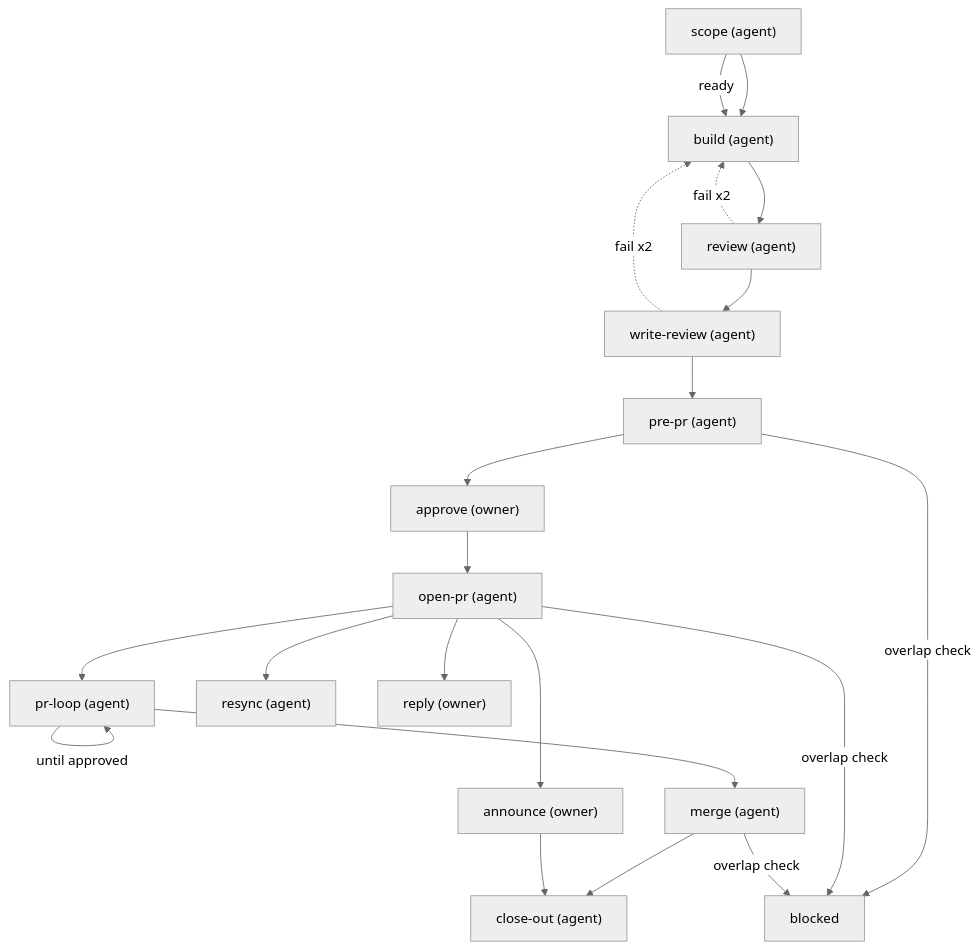
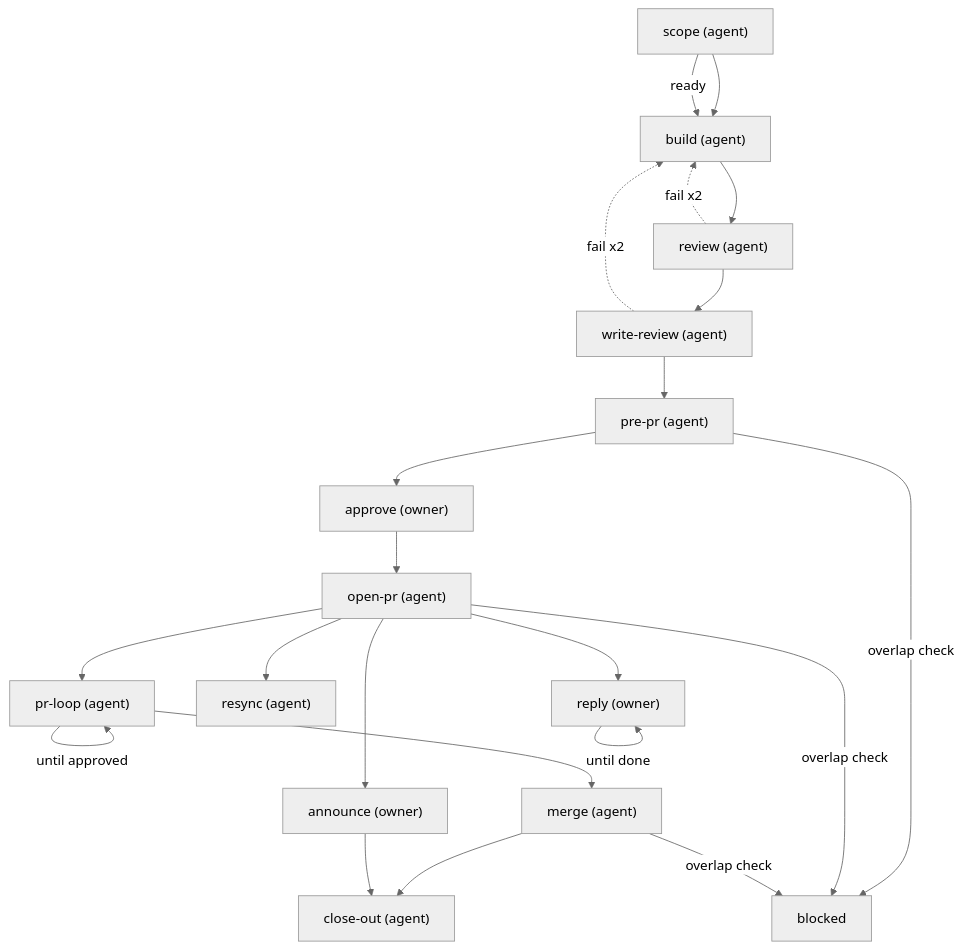
The diagram in punchlist-templates/workflows/packs/core/build-and-ship.md (aronvaughan/punchlist), drawn with Mermaid (neutral theme) before and after one commit. The commit also changed other lines of this file and 36 other files, not shown here.

````diff
--- a/punchlist-templates/workflows/packs/core/build-and-ship.md
+++ b/punchlist-templates/workflows/packs/core/build-and-ship.md
@@ -214,36 +178,37 @@
 ```mermaid
 flowchart TD
   scope["scope (agent)"]
   build["build (agent)"]
   review["review (agent)"]
   write-review["write-review (agent)"]
   pre-pr["pre-pr (agent)"]
   approve["approve (owner)"]
   open-pr["open-pr (agent)"]
   pr-loop["pr-loop (agent)"]
   resync["resync (agent)"]
   reply["reply (owner)"]
   announce["announce (owner)"]
   merge["merge (agent)"]
   close-out["close-out (agent)"]
   scope --> build
   scope -- ready --> build
   build --> review
   review --> write-review
   write-review --> pre-pr
   pre-pr --> approve
   approve --> open-pr
   open-pr --> pr-loop
   pr-loop -- until approved --> pr-loop
   open-pr --> resync
   open-pr --> reply
+  reply -- until done --> reply
   open-pr --> announce
   pr-loop --> merge
   merge --> close-out
   announce --> close-out
   review -. fail x2 .-> build
   write-review -. fail x2 .-> build
   pre-pr -- overlap check --> blocked
   open-pr -- overlap check --> blocked
   merge -- overlap check --> blocked
 ```
````
